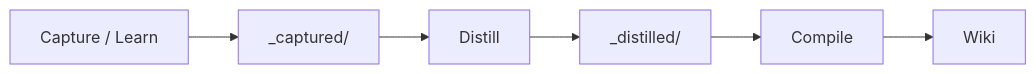
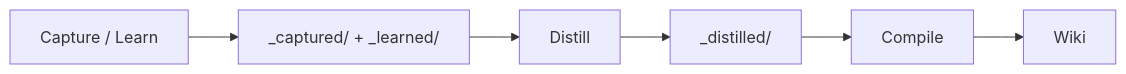
The diagram in docs/concepts/distill.md (jr2804/kompend), drawn with Mermaid before and after one commit. The commit also changed other lines of this file and 5 other files, not shown here.

````diff
--- a/docs/concepts/distill.md
+++ b/docs/concepts/distill.md
@@ -7,8 +7,8 @@
 ```mermaid
 graph LR
-    C[Capture / Learn] --> CAP[_captured/]
+    C[Capture / Learn] --> CAP[_captured/ + _learned/]
     CAP --> D[Distill]
     D --> DIS[_distilled/]
     DIS --> CO[Compile]
     CO --> W[Wiki]
 ```
````
